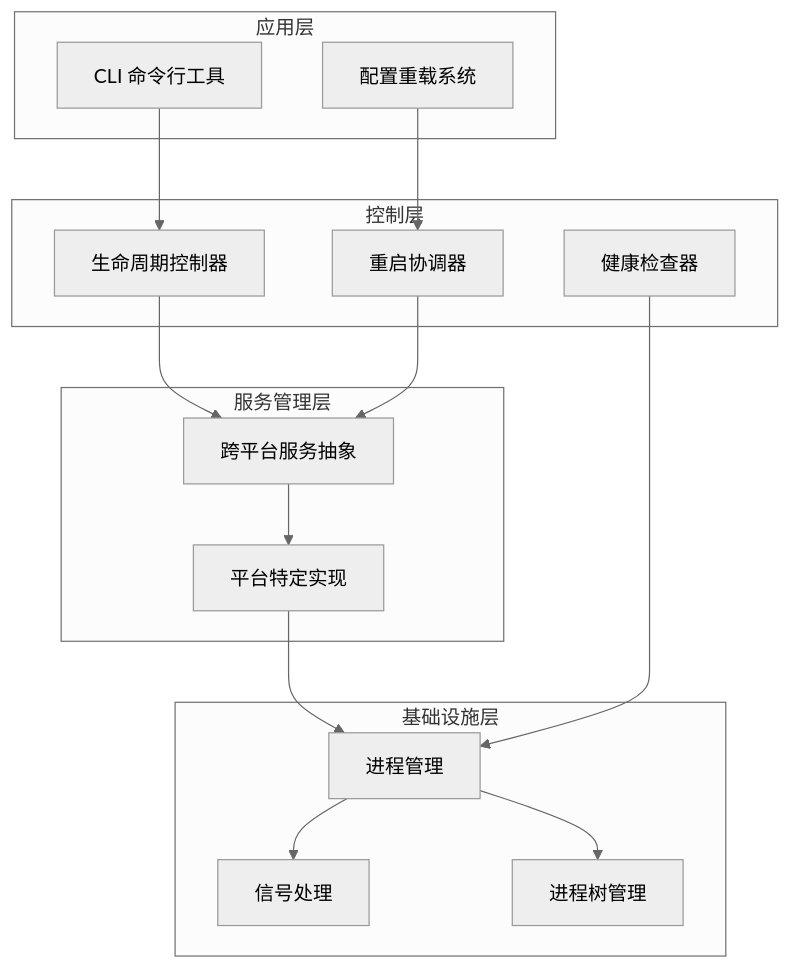
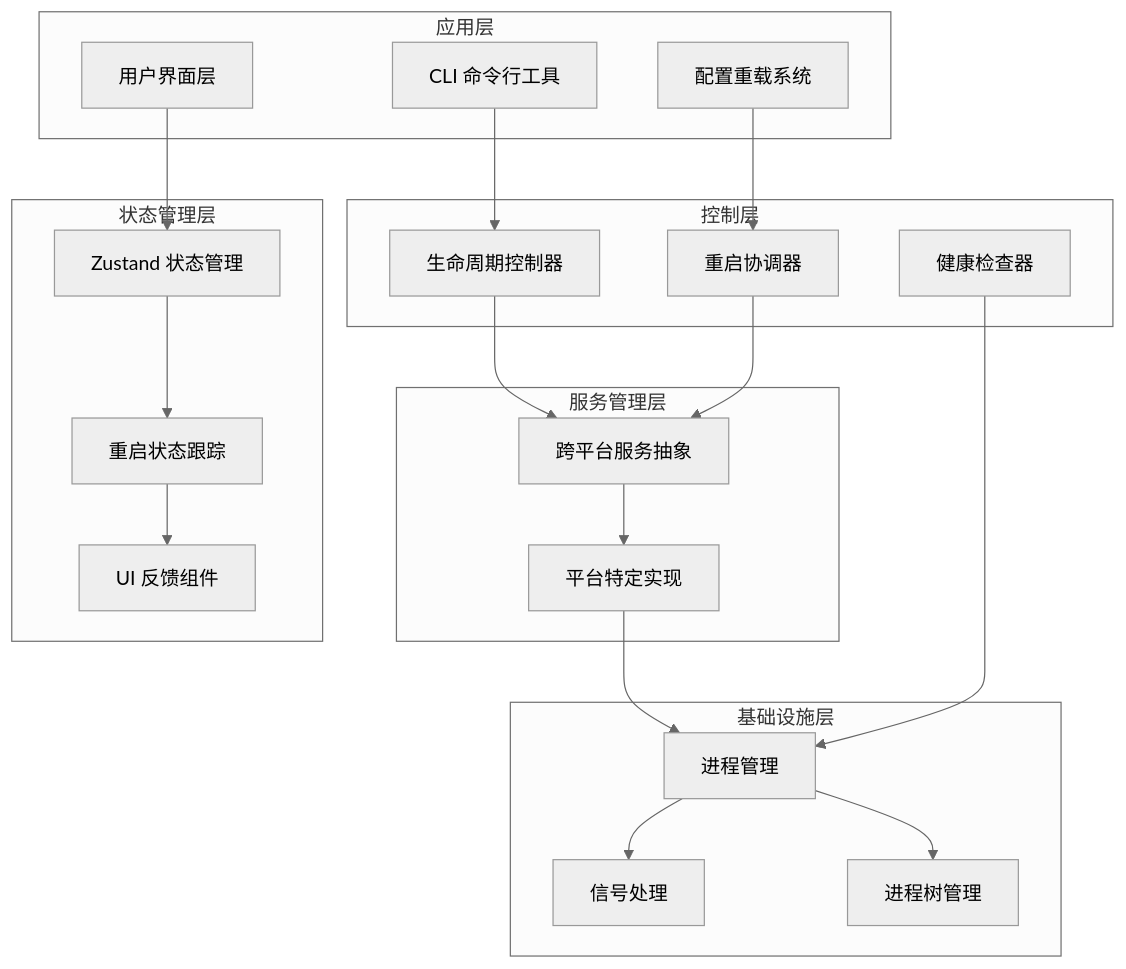
Before and after one commit to verse-ai-org/openclaw: the fourth of 14 diagrams in .qoder/repowiki/zh/content/核心概念/网关架构/网关重启系统.md, drawn with Mermaid (neutral theme). The commit also changed other lines of this file and 9 other files, not shown here.

````diff
--- a/.qoder/repowiki/zh/content/核心概念/网关架构/网关重启系统.md
+++ b/.qoder/repowiki/zh/content/核心概念/网关架构/网关重启系统.md
@@ -161,30 +185,39 @@
 ```mermaid
 graph TB
 subgraph "应用层"
 A[CLI 命令行工具]
 B[配置重载系统]
+C[用户界面层]
 end
 subgraph "控制层"
-C[生命周期控制器]
-D[重启协调器]
-E[健康检查器]
+D[生命周期控制器]
+E[重启协调器]
+F[健康检查器]
 end
 subgraph "服务管理层"
-F[跨平台服务抽象]
-G[平台特定实现]
+G[跨平台服务抽象]
+H[平台特定实现]
+end
+subgraph "状态管理层"
+I[Zustand 状态管理]
+J[重启状态跟踪]
+K[UI 反馈组件]
 end
 subgraph "基础设施层"
-H[进程管理]
-I[信号处理]
-J[进程树管理]
+L[进程管理]
+M[信号处理]
+N[进程树管理]
 end
-A --> C
-B --> D
-C --> F
-D --> F
-F --> G
+A --> D
+B --> E
+C --> I
+I --> J
+J --> K
+D --> G
+E --> G
 G --> H
-H --> I
-H --> J
-E --> H
+H --> L
+L --> M
+L --> N
+F --> L
 ```
````
